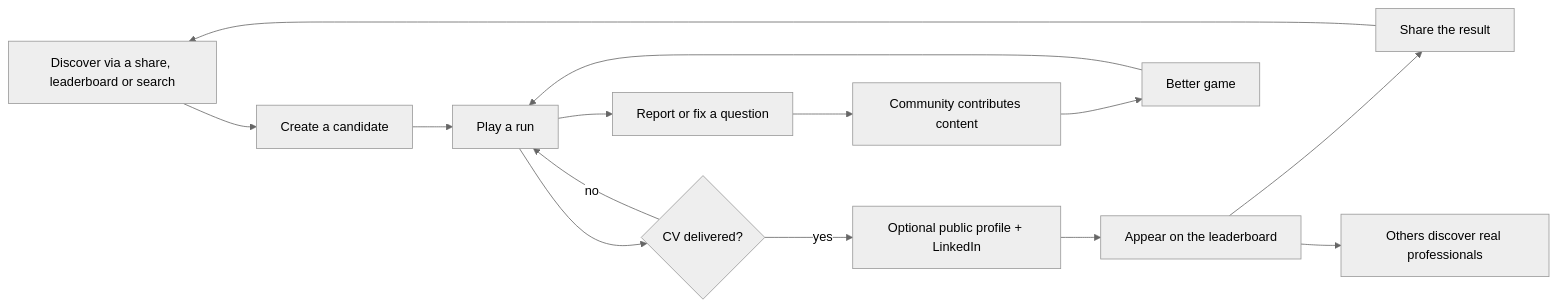
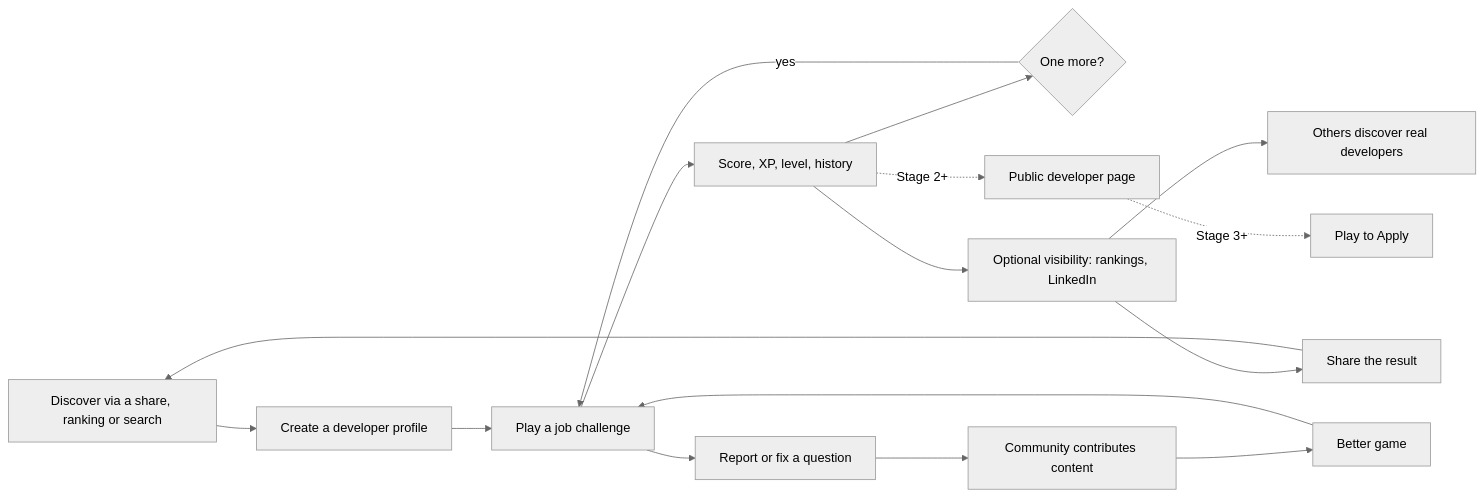
The diagram in docs/product/vision.md (ricardoverita/cv-rush), drawn with Mermaid (neutral theme) before and after one commit. The commit also changed other lines of this file and 39 other files, not shown here.

First line of the commit message:
docs: reframe the product as a developer network powered by games

````diff
--- a/docs/product/vision.md
+++ b/docs/product/vision.md
@@ -123,16 +138,18 @@
 ```mermaid
 flowchart LR
-  discover["Discover via a share, leaderboard or search"] --> create["Create a candidate"]
-  create --> play["Play a run"]
-  play --> delivered{"CV delivered?"}
-  delivered -- "no" --> play
-  delivered -- "yes" --> optin["Optional public profile + LinkedIn"]
-  optin --> board["Appear on the leaderboard"]
-  board --> share["Share the result"]
+  discover["Discover via a share, ranking or search"] --> identity["Create a developer profile"]
+  identity --> play["Play a job challenge"]
+  play --> progress["Score, XP, level, history"]
+  progress --> again{"One more?"}
+  again -- "yes" --> play
+  progress --> visible["Optional visibility: rankings, LinkedIn"]
+  visible --> share["Share the result"]
   share --> discover
-  board --> found["Others discover real professionals"]
+  visible --> found["Others discover real developers"]
   play --> report["Report or fix a question"]
   report --> contribute["Community contributes content"]
   contribute --> better["Better game"]
   better --> play
+  progress -. "Stage 2+" .-> network["Public developer page"]
+  network -. "Stage 3+" .-> jobs["Play to Apply"]
 ```
````
